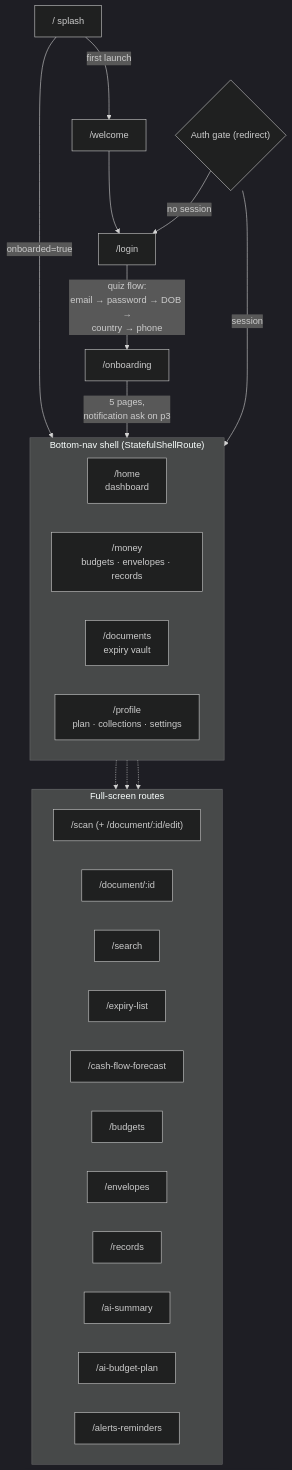
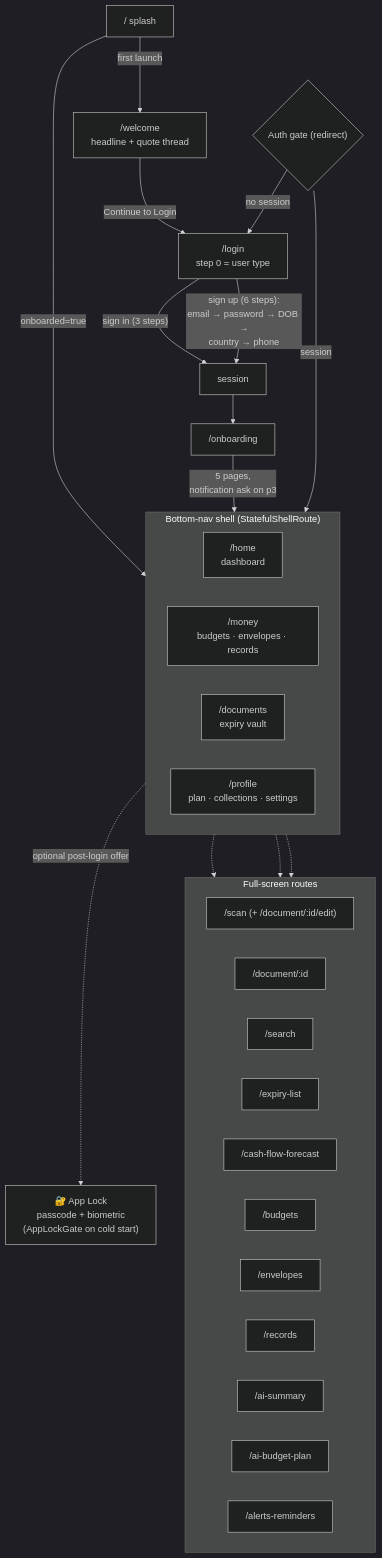
Before and after one commit to razique20/finavig: the third of 11 diagrams in ARCHITECTURE.md, drawn with Mermaid (dark theme). The commit also changed other lines of this file and 12 other files, not shown here.

````diff
--- a/ARCHITECTURE.md
+++ b/ARCHITECTURE.md
@@ -90,38 +98,41 @@
 ```mermaid
 flowchart TD
     ROOT["/ splash"] -->|"onboarded=true"| HOME
-    ROOT -->|"first launch"| WELCOME["/welcome"]
-    WELCOME --> LOGIN["/login"]
-    LOGIN -->|"quiz flow:<br/>email → password → DOB →<br/>country → phone"| ONB["/onboarding"]
+    ROOT -->|"first launch"| WELCOME["/welcome<br/>headline + quote thread"]
+    WELCOME -->|"Continue to Login"| LOGIN["/login<br/>step 0 = user type"]
+    LOGIN -->|"sign in (3 steps)"| SESS["session"]
+    LOGIN -->|"sign up (6 steps):<br/>email → password → DOB →<br/>country → phone"| SESS
+    SESS --> ONB["/onboarding"]
     ONB -->|"5 pages,<br/>notification ask on p3"| HOME
+    HOME -.->|"optional post-login offer"| LOCK["🔐 App Lock<br/>passcode + biometric<br/>(AppLockGate on cold start)"]
 
     subgraph SHELL["Bottom-nav shell (StatefulShellRoute)"]
         direction LR
         HOME["/home<br/>dashboard"]
         MONEY["/money<br/>budgets · envelopes · records"]
         DOCS["/documents<br/>expiry vault"]
         PROFILE["/profile<br/>plan · collections · settings"]
     end
 
     HOME -.-> FS
     MONEY -.-> FS
     DOCS -.-> FS
 
     subgraph FS["Full-screen routes"]
         SCAN["/scan (+ /document/:id/edit)"]
         DETAIL["/document/:id"]
         SEARCH["/search"]
         EXPIRY["/expiry-list"]
         CASH["/cash-flow-forecast"]
         BUD["/budgets"]
         ENV["/envelopes"]
         REC["/records"]
         AIS["/ai-summary"]
         AIB["/ai-budget-plan"]
         ALERTS["/alerts-reminders"]
     end
 
     AUTHGATE{"Auth gate (redirect)"}
     AUTHGATE -->|"no session"| LOGIN
     AUTHGATE -->|"session"| SHELL
 ```
````
